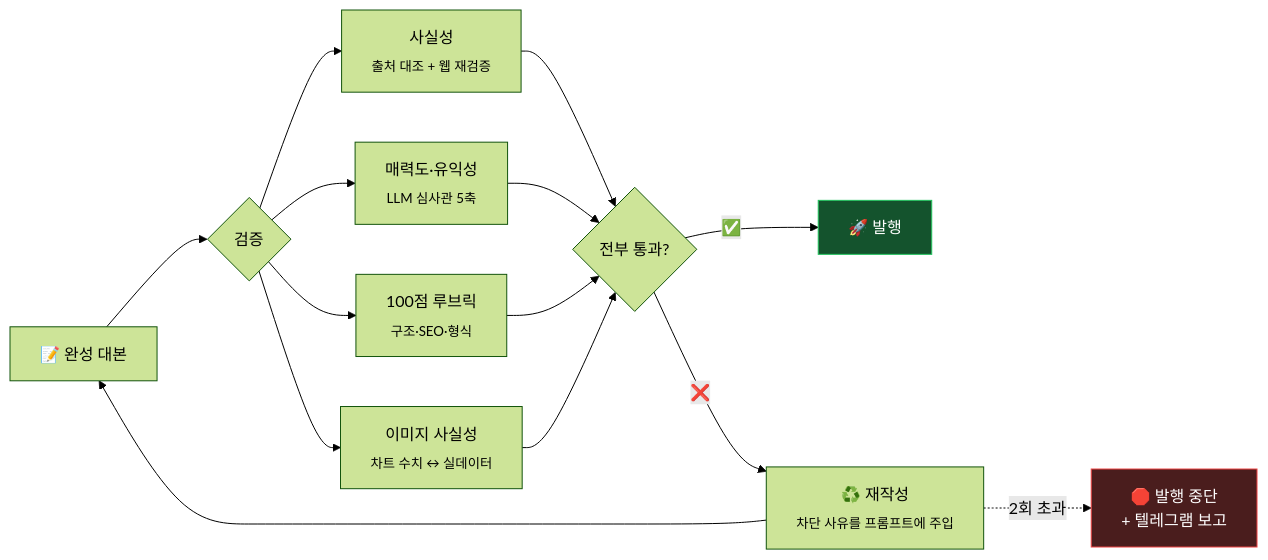
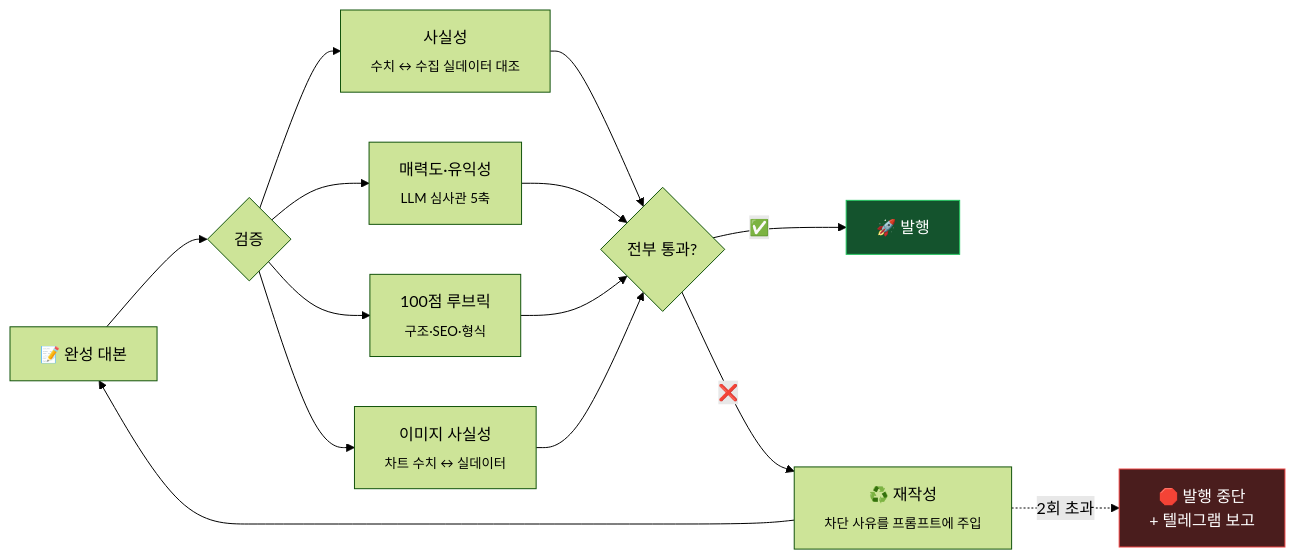
One commit to youandi3535/jarvis-agent changed the fourth of 7 diagrams in README.md. Above: the diagram before and after it, drawn with Mermaid (forest theme). The commit also changed other lines of this file, not shown here.

````diff
--- a/README.md
+++ b/README.md
@@ -176,17 +176,17 @@
 ```mermaid
 flowchart LR
     D["📝 완성 대본"] --> V{"검증"}
-    V --> F["사실성<br/><sub>출처 대조 + 웹 재검증</sub>"]
+    V --> F["사실성<br/><sub>수치 ↔ 수집 실데이터 대조</sub>"]
     V --> E["매력도·유익성<br/><sub>LLM 심사관 5축</sub>"]
     V --> S["100점 루브릭<br/><sub>구조·SEO·형식</sub>"]
     V --> M["이미지 사실성<br/><sub>차트 수치 ↔ 실데이터</sub>"]
 
     F & E & S & M --> J{"전부 통과?"}
     J -- "✅" --> PUB["🚀 발행"]
     J -- "❌" --> RW["♻️ 재작성<br/><sub>차단 사유를 프롬프트에 주입</sub>"]
     RW --> D
     RW -. "2회 초과" .-> STOP["🛑 발행 중단<br/>+ 텔레그램 보고"]
 
     style PUB fill:#14532d,stroke:#22c55e,color:#fff
     style STOP fill:#4a1d1d,stroke:#ef4444,color:#fff
 ```
````
